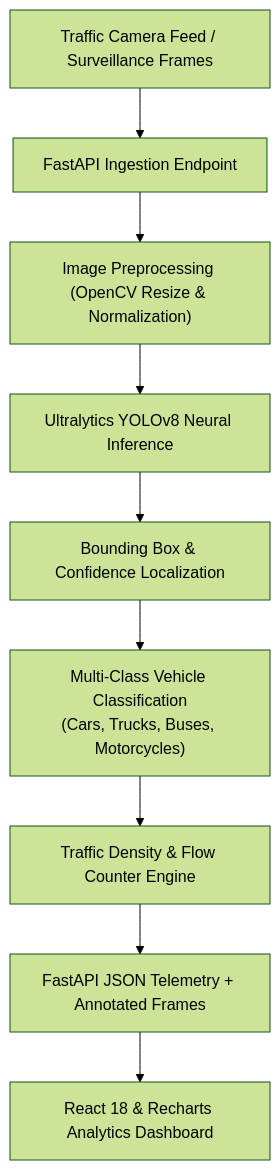
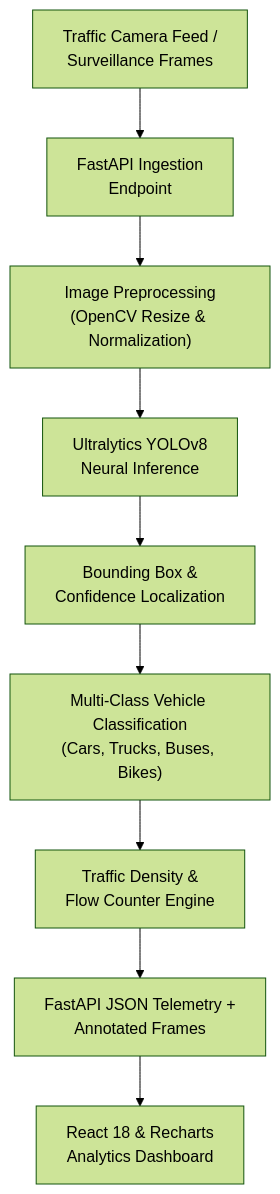
Before and after one commit to ISBANDURAHUMAN-R/VEHIX: the diagram in README.md, drawn with Mermaid (forest theme).

Commit message:
docs: fix Mermaid diagram text visibility, wrapping and responsive layout

````diff
--- a/README.md
+++ b/README.md
@@ -12,11 +12,11 @@
 ```mermaid
 flowchart TD
-    Video["Traffic Camera Feed / Surveillance Frames"] --> Ingest["FastAPI Ingestion Endpoint"]
-    Ingest --> Pre["Image Preprocessing (OpenCV Resize & Normalization)"]
-    Pre --> YOLO["Ultralytics YOLOv8 Neural Inference"]
-    YOLO --> BBox["Bounding Box & Confidence Localization"]
-    BBox --> Class["Multi-Class Vehicle Classification<br/>(Cars, Trucks, Buses, Motorcycles)"]
-    Class --> Density["Traffic Density & Flow Counter Engine"]
-    Density --> API["FastAPI JSON Telemetry + Annotated Frames"]
-    API --> UI["React 18 & Recharts Analytics Dashboard"]
+    Video["Traffic Camera Feed /<br/>Surveillance Frames"] --> Ingest["FastAPI Ingestion<br/>Endpoint"]
+    Ingest --> Pre["Image Preprocessing<br/>(OpenCV Resize & Normalization)"]
+    Pre --> YOLO["Ultralytics YOLOv8<br/>Neural Inference"]
+    YOLO --> BBox["Bounding Box &amp;<br/>Confidence Localization"]
+    BBox --> Class["Multi-Class Vehicle Classification<br/>(Cars, Trucks, Buses, Bikes)"]
+    Class --> Density["Traffic Density &amp;<br/>Flow Counter Engine"]
+    Density --> API["FastAPI JSON Telemetry +<br/>Annotated Frames"]
+    API --> UI["React 18 & Recharts<br/>Analytics Dashboard"]
 ```
````
